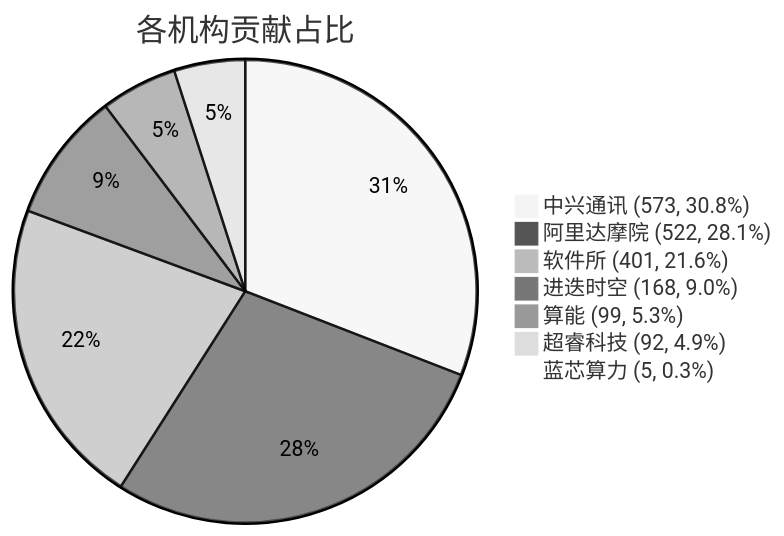
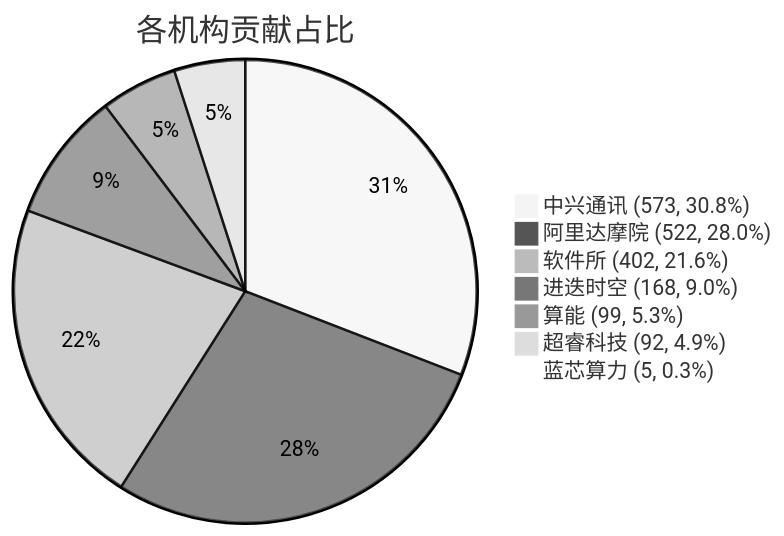
Before and after one commit to RVCK-Project/rvck: the diagram in docs/index.md, drawn with Mermaid (neutral theme). The commit also changed other lines of this file and 24 other files, not shown here.

````diff
--- a/docs/index.md
+++ b/docs/index.md
@@ -34,10 +34,10 @@
 ```mermaid
 pie title 各机构贡献占比
     "中兴通讯 (573, 30.8%)" : 573
-    "阿里达摩院 (522, 28.1%)" : 522
-    "软件所 (401, 21.6%)" : 401
+    "阿里达摩院 (522, 28.0%)" : 522
+    "软件所 (402, 21.6%)" : 402
     "进迭时空 (168, 9.0%)" : 168
     "算能 (99, 5.3%)" : 99
     "超睿科技 (92, 4.9%)" : 92
     "蓝芯算力 (5, 0.3%)" : 5
 ```
````
